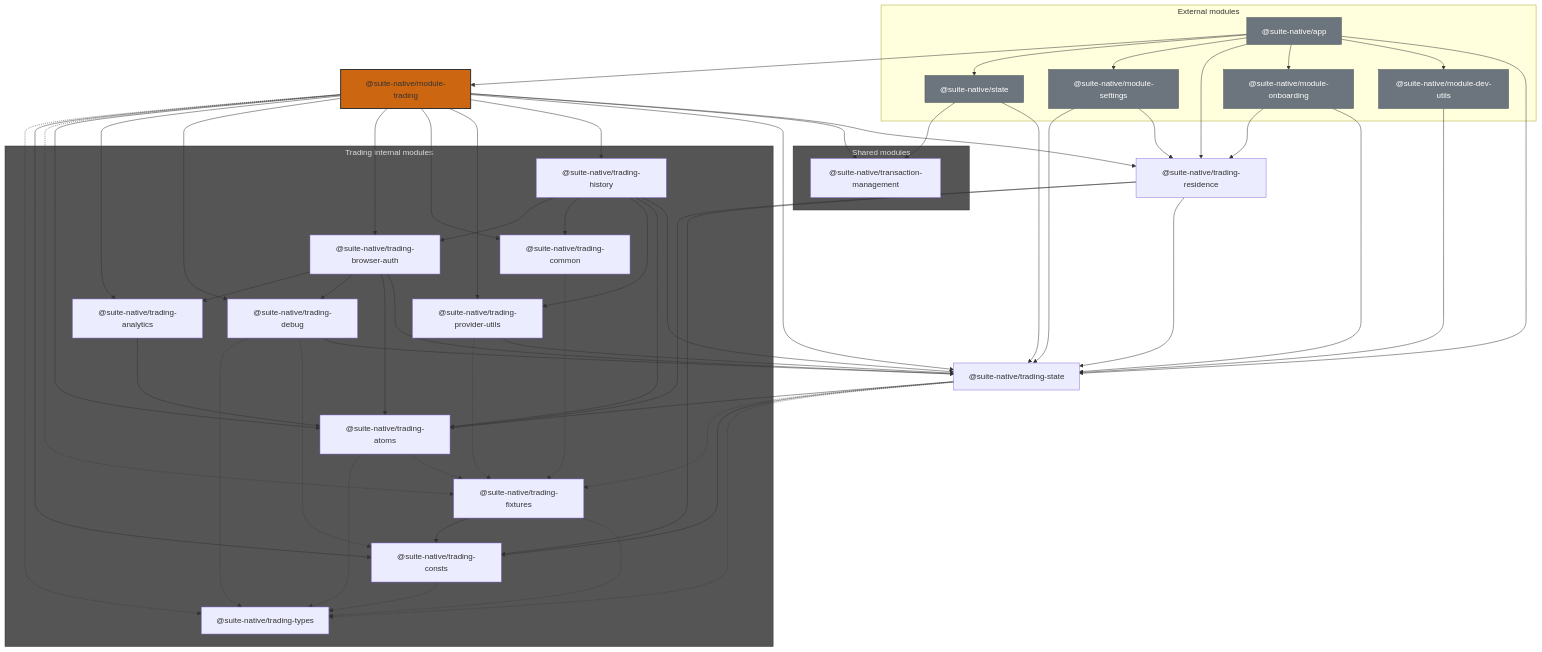
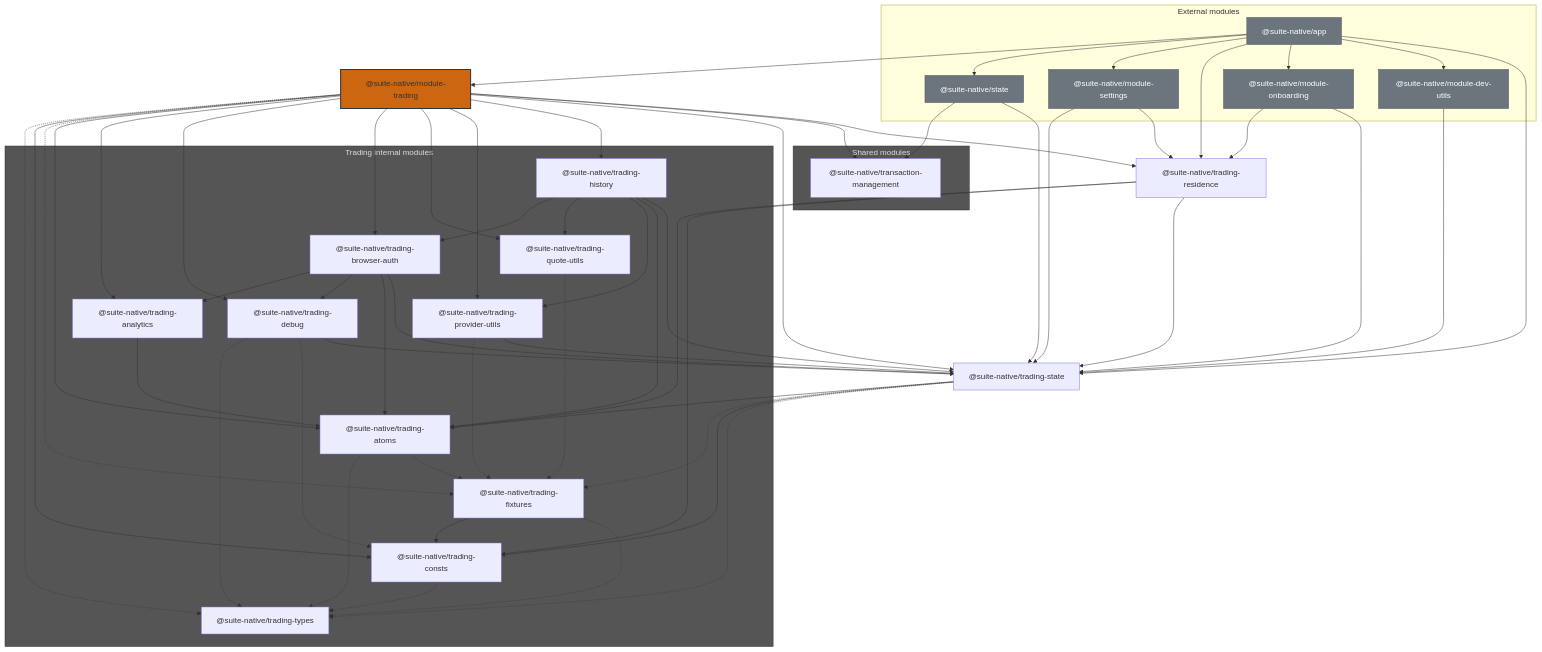
Before and after one commit to sneurlax/trezor-suite: the diagram in suite-native/module-trading/README.md, drawn with Mermaid. The commit also changed other lines of this file and 44 other files, not shown here.

Commit message:
chore(suite-native): rename trading-common to trading-quote-utils

```diff
--- a/suite-native/module-trading/README.md
+++ b/suite-native/module-trading/README.md
@@ -67,7 +67,7 @@
     trading-state["@suite-native/trading-state"]
     subgraph trading-internal["Trading internal modules"]
         trading-history["@suite-native/trading-history"]
-        trading-common["@suite-native/trading-common"]
+        trading-quote-utils["@suite-native/trading-quote-utils"]
         trading-provider-utils["@suite-native/trading-provider-utils"]
         trading-atoms["@suite-native/trading-atoms"]
         trading-analytics["@suite-native/trading-analytics"]
@@ -102,18 +102,18 @@
     module-trading --> trading-analytics
     module-trading --> trading-debug
     module-trading --> trading-browser-auth
-    module-trading --> trading-common
+    module-trading --> trading-quote-utils
     module-trading --> trading-provider-utils
     module-trading --> trading-history
     module-trading --> trading-state
     module-trading --> transaction-management
     module-trading --> trading-residence
     trading-history --> trading-browser-auth
-    trading-history --> trading-common
+    trading-history --> trading-quote-utils
     trading-history --> trading-provider-utils
     trading-history --> trading-atoms
     trading-history --> trading-state
-    trading-common -.-> trading-fixtures
+    trading-quote-utils -.-> trading-fixtures
     trading-provider-utils -.-> trading-fixtures
     trading-provider-utils --> trading-state
     trading-browser-auth --> trading-analytics
```
